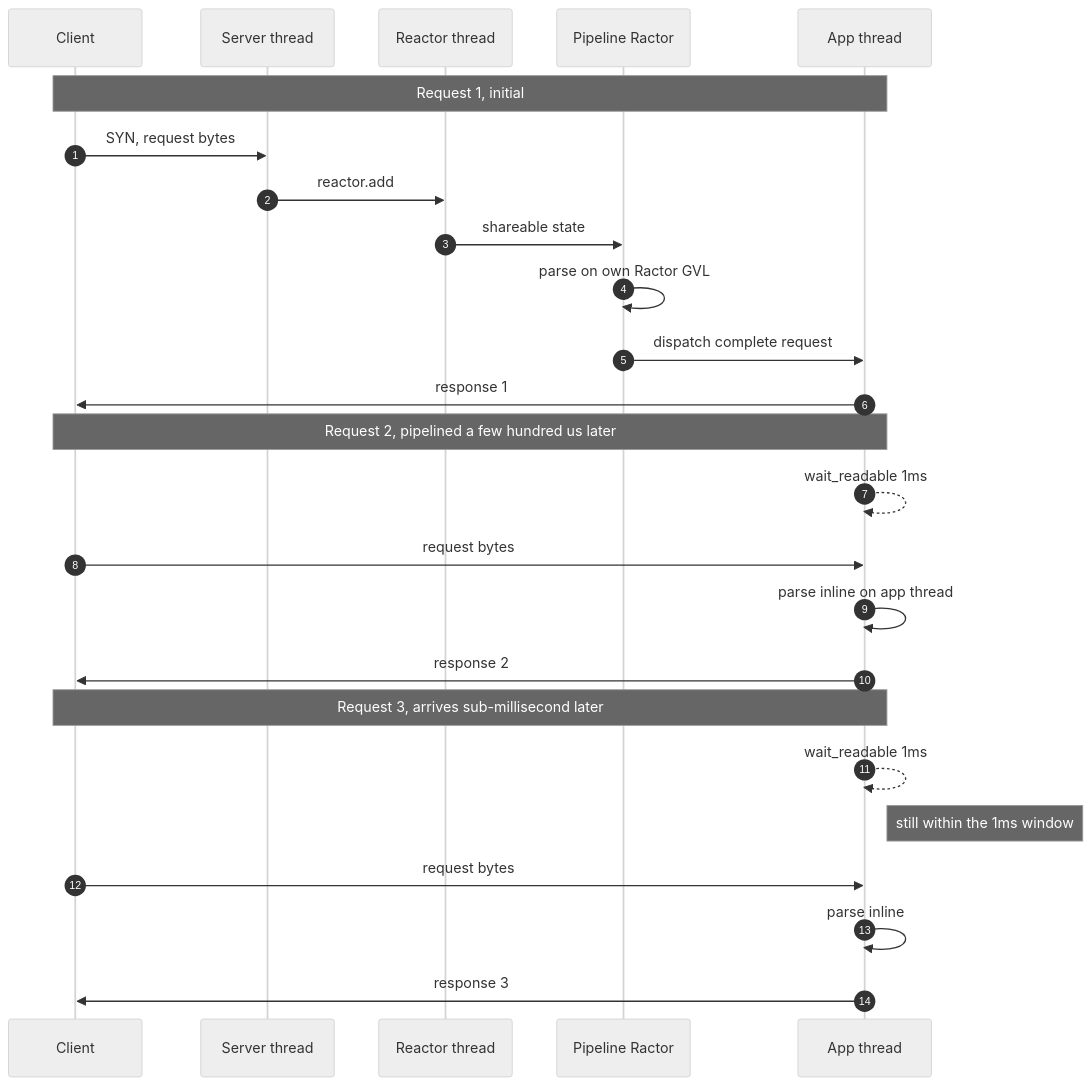
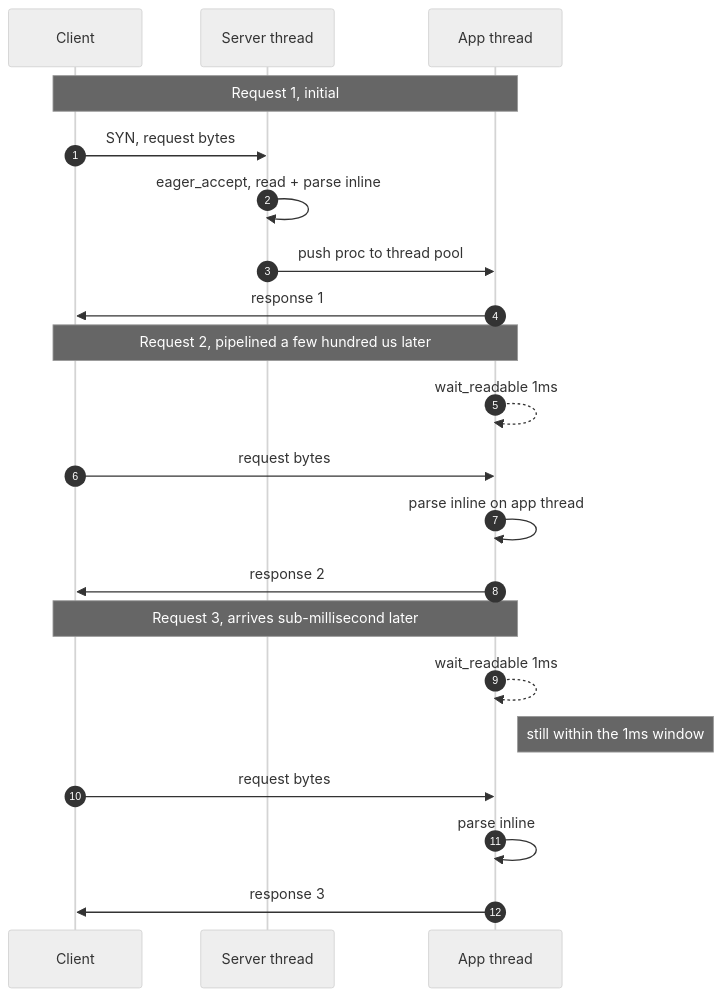
One commit to joshuay03/raptor changed the fourth of 4 diagrams in docs/raptor-vs-puma.md. Above: the diagram before and after it, drawn with Mermaid (neutral theme). The commit also changed other lines of this file, not shown here.

````diff
--- a/docs/raptor-vs-puma.md
+++ b/docs/raptor-vs-puma.md
@@ -480,30 +489,26 @@
 ```mermaid
 sequenceDiagram
     autonumber
     participant Client
     participant RS as Server thread
-    participant RR as Reactor thread
-    participant RC as Pipeline Ractor
     participant RP as App thread
 
     Note over Client,RP: Request 1, initial
     Client->>RS: SYN, request bytes
-    RS->>RR: reactor.add
-    RR->>RC: shareable state
-    RC->>RC: parse on own Ractor GVL
-    RC->>RP: dispatch complete request
+    RS->>RS: eager_accept, read + parse inline
+    RS->>RP: push proc to thread pool
     RP->>Client: response 1
 
     Note over Client,RP: Request 2, pipelined a few hundred us later
     RP-->>RP: wait_readable 1ms
     Client->>RP: request bytes
     RP->>RP: parse inline on app thread
     RP->>Client: response 2
 
     Note over Client,RP: Request 3, arrives sub-millisecond later
     RP-->>RP: wait_readable 1ms
     Note right of RP: still within the 1ms window
     Client->>RP: request bytes
     RP->>RP: parse inline
     RP->>Client: response 3
 ```
````
